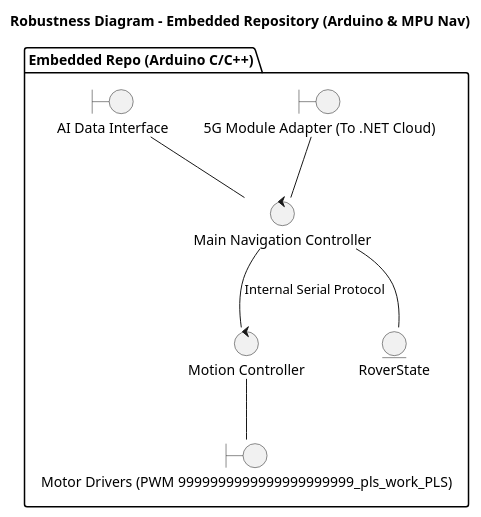
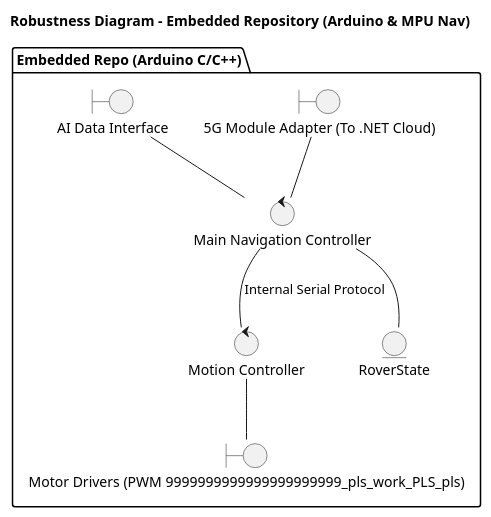
Before and after one commit to NOKIA-5G-SOS-Rover/Integrator: the diagram in docs/architecture/diagrams/structural/embedded_bce.puml, drawn with PlantUML. The commit also changed 1 other file, not shown here.

```diff
--- a/docs/architecture/diagrams/structural/embedded_bce.puml
+++ b/docs/architecture/diagrams/structural/embedded_bce.puml
@@ -1,24 +1,24 @@
 @startuml embedded_bce
 title Robustness Diagram - Embedded Repository (Arduino & MPU Nav)
 
 skinparam backgroundColor white
 skinparam componentStyle uml2
 
 package "Embedded Repo (Arduino C/C++)" {
     boundary "5G Module Adapter (To .NET Cloud)" as 5GBnd
-    boundary "Motor Drivers (PWM 9999999999999999999999_pls_work_PLS)" as MotorBnd
+    boundary "Motor Drivers (PWM 9999999999999999999999_pls_work_PLS_pls)" as MotorBnd
     boundary "AI Data Interface" as AIBnd
     
     control "Main Navigation Controller" as NavCtrl
     control "Motion Controller" as MotionCtrl
     
     entity "RoverState" as StateEnt
     
     5GBnd -- NavCtrl
     AIBnd -- NavCtrl
     NavCtrl -- StateEnt
     
     NavCtrl -- MotionCtrl : Internal Serial Protocol
     MotionCtrl -- MotorBnd
 }
 @enduml
```
